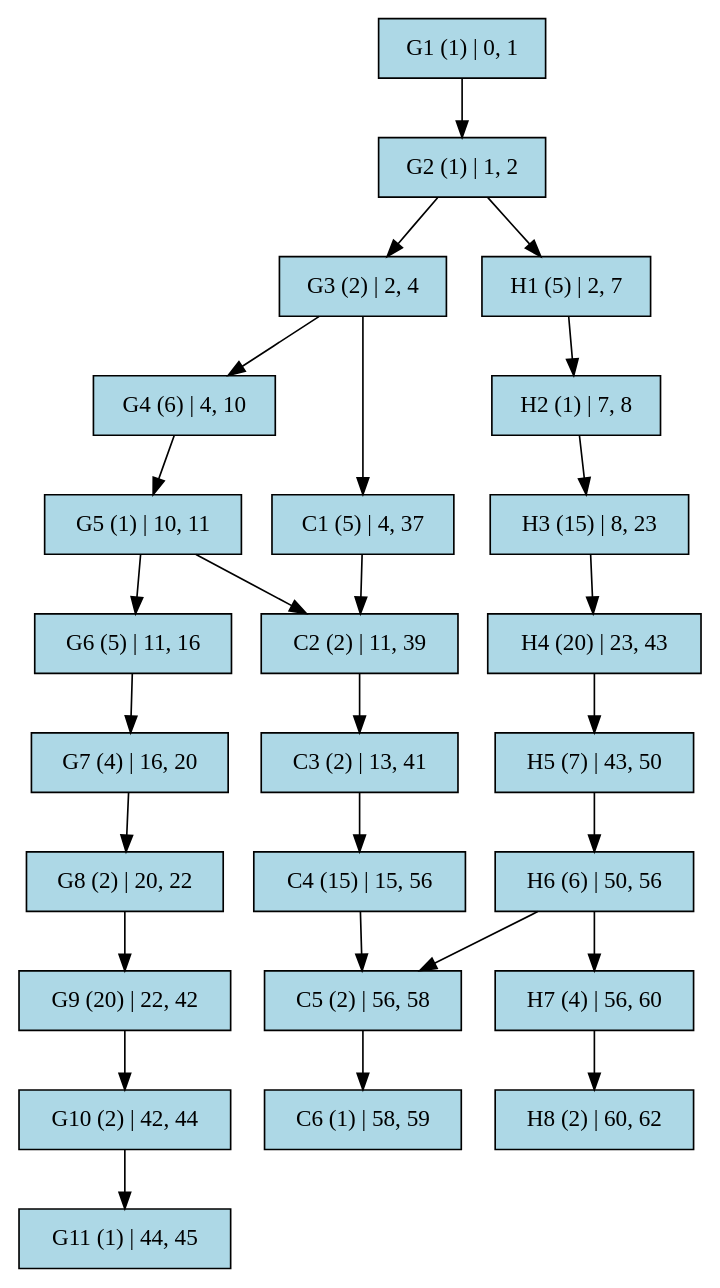
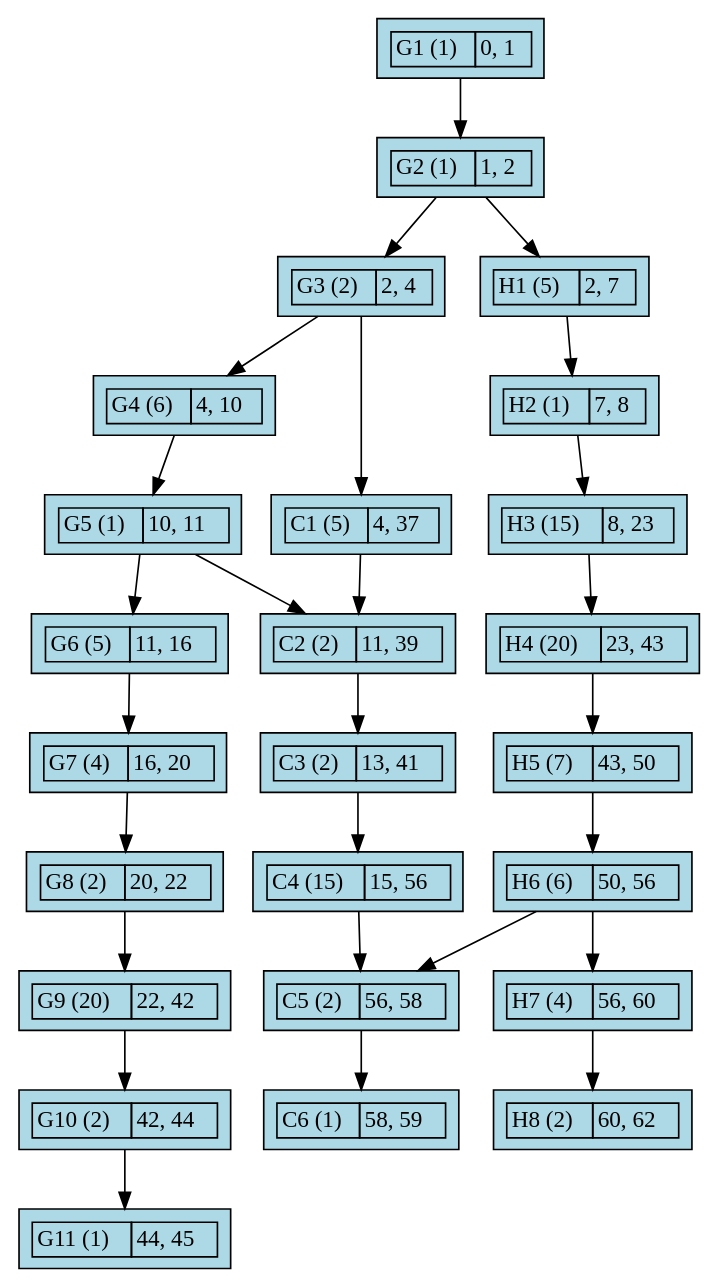
Before and after one commit to ahmedidrissi/pert-diagram: the diagram in output/tasks.dot, drawn with Graphviz. The commit also changed 2 other files, not shown here.

```diff
--- a/output/tasks.dot
+++ b/output/tasks.dot
@@ -1,53 +1,53 @@
 digraph G {
-  G1 [shape=rect, style=filled, fillcolor=lightblue, label="G1 (1) | 0, 1"];
-  G2 [shape=rect, style=filled, fillcolor=lightblue, label="G2 (1) | 1, 2"];
-  G3 [shape=rect, style=filled, fillcolor=lightblue, label="G3 (2) | 2, 4"];
-  G4 [shape=rect, style=filled, fillcolor=lightblue, label="G4 (6) | 4, 10"];
-  G5 [shape=rect, style=filled, fillcolor=lightblue, label="G5 (1) | 10, 11"];
-  G6 [shape=rect, style=filled, fillcolor=lightblue, label="G6 (5) | 11, 16"];
-  G7 [shape=rect, style=filled, fillcolor=lightblue, label="G7 (4) | 16, 20"];
-  G8 [shape=rect, style=filled, fillcolor=lightblue, label="G8 (2) | 20, 22"];
-  G9 [shape=rect, style=filled, fillcolor=lightblue, label="G9 (20) | 22, 42"];
-  G10 [shape=rect, style=filled, fillcolor=lightblue, label="G10 (2) | 42, 44"];
-  G11 [shape=rect, style=filled, fillcolor=lightblue, label="G11 (1) | 44, 45"];
-  H1 [shape=rect, style=filled, fillcolor=lightblue, label="H1 (5) | 2, 7"];
-  H2 [shape=rect, style=filled, fillcolor=lightblue, label="H2 (1) | 7, 8"];
-  H3 [shape=rect, style=filled, fillcolor=lightblue, label="H3 (15) | 8, 23"];
-  H4 [shape=rect, style=filled, fillcolor=lightblue, label="H4 (20) | 23, 43"];
-  H5 [shape=rect, style=filled, fillcolor=lightblue, label="H5 (7) | 43, 50"];
-  H6 [shape=rect, style=filled, fillcolor=lightblue, label="H6 (6) | 50, 56"];
-  H7 [shape=rect, style=filled, fillcolor=lightblue, label="H7 (4) | 56, 60"];
-  H8 [shape=rect, style=filled, fillcolor=lightblue, label="H8 (2) | 60, 62"];
-  C1 [shape=rect, style=filled, fillcolor=lightblue, label="C1 (5) | 4, 37"];
-  C2 [shape=rect, style=filled, fillcolor=lightblue, label="C2 (2) | 11, 39"];
-  C3 [shape=rect, style=filled, fillcolor=lightblue, label="C3 (2) | 13, 41"];
-  C4 [shape=rect, style=filled, fillcolor=lightblue, label="C4 (15) | 15, 56"];
-  C5 [shape=rect, style=filled, fillcolor=lightblue, label="C5 (2) | 56, 58"];
-  C6 [shape=rect, style=filled, fillcolor=lightblue, label="C6 (1) | 58, 59"];
+  G1 [shape=rect, style=filled, fillcolor=lightblue, label=<<table border="0" cellborder="1" cellspacing="0"><tr><td>G1 (1)</td><td>0, 1</td></tr></table>>];
+  G2 [shape=rect, style=filled, fillcolor=lightblue, label=<<table border="0" cellborder="1" cellspacing="0"><tr><td>G2 (1)</td><td>1, 2</td></tr></table>>];
+  G3 [shape=rect, style=filled, fillcolor=lightblue, label=<<table border="0" cellborder="1" cellspacing="0"><tr><td>G3 (2)</td><td>2, 4</td></tr></table>>];
+  G4 [shape=rect, style=filled, fillcolor=lightblue, label=<<table border="0" cellborder="1" cellspacing="0"><tr><td>G4 (6)</td><td>4, 10</td></tr></table>>];
+  G5 [shape=rect, style=filled, fillcolor=lightblue, label=<<table border="0" cellborder="1" cellspacing="0"><tr><td>G5 (1)</td><td>10, 11</td></tr></table>>];
+  G6 [shape=rect, style=filled, fillcolor=lightblue, label=<<table border="0" cellborder="1" cellspacing="0"><tr><td>G6 (5)</td><td>11, 16</td></tr></table>>];
+  G7 [shape=rect, style=filled, fillcolor=lightblue, label=<<table border="0" cellborder="1" cellspacing="0"><tr><td>G7 (4)</td><td>16, 20</td></tr></table>>];
+  G8 [shape=rect, style=filled, fillcolor=lightblue, label=<<table border="0" cellborder="1" cellspacing="0"><tr><td>G8 (2)</td><td>20, 22</td></tr></table>>];
+  G9 [shape=rect, style=filled, fillcolor=lightblue, label=<<table border="0" cellborder="1" cellspacing="0"><tr><td>G9 (20)</td><td>22, 42</td></tr></table>>];
+  G10 [shape=rect, style=filled, fillcolor=lightblue, label=<<table border="0" cellborder="1" cellspacing="0"><tr><td>G10 (2)</td><td>42, 44</td></tr></table>>];
+  G11 [shape=rect, style=filled, fillcolor=lightblue, label=<<table border="0" cellborder="1" cellspacing="0"><tr><td>G11 (1)</td><td>44, 45</td></tr></table>>];
+  H1 [shape=rect, style=filled, fillcolor=lightblue, label=<<table border="0" cellborder="1" cellspacing="0"><tr><td>H1 (5)</td><td>2, 7</td></tr></table>>];
+  H2 [shape=rect, style=filled, fillcolor=lightblue, label=<<table border="0" cellborder="1" cellspacing="0"><tr><td>H2 (1)</td><td>7, 8</td></tr></table>>];
+  H3 [shape=rect, style=filled, fillcolor=lightblue, label=<<table border="0" cellborder="1" cellspacing="0"><tr><td>H3 (15)</td><td>8, 23</td></tr></table>>];
+  H4 [shape=rect, style=filled, fillcolor=lightblue, label=<<table border="0" cellborder="1" cellspacing="0"><tr><td>H4 (20)</td><td>23, 43</td></tr></table>>];
+  H5 [shape=rect, style=filled, fillcolor=lightblue, label=<<table border="0" cellborder="1" cellspacing="0"><tr><td>H5 (7)</td><td>43, 50</td></tr></table>>];
+  H6 [shape=rect, style=filled, fillcolor=lightblue, label=<<table border="0" cellborder="1" cellspacing="0"><tr><td>H6 (6)</td><td>50, 56</td></tr></table>>];
+  H7 [shape=rect, style=filled, fillcolor=lightblue, label=<<table border="0" cellborder="1" cellspacing="0"><tr><td>H7 (4)</td><td>56, 60</td></tr></table>>];
+  H8 [shape=rect, style=filled, fillcolor=lightblue, label=<<table border="0" cellborder="1" cellspacing="0"><tr><td>H8 (2)</td><td>60, 62</td></tr></table>>];
+  C1 [shape=rect, style=filled, fillcolor=lightblue, label=<<table border="0" cellborder="1" cellspacing="0"><tr><td>C1 (5)</td><td>4, 37</td></tr></table>>];
+  C2 [shape=rect, style=filled, fillcolor=lightblue, label=<<table border="0" cellborder="1" cellspacing="0"><tr><td>C2 (2)</td><td>11, 39</td></tr></table>>];
+  C3 [shape=rect, style=filled, fillcolor=lightblue, label=<<table border="0" cellborder="1" cellspacing="0"><tr><td>C3 (2)</td><td>13, 41</td></tr></table>>];
+  C4 [shape=rect, style=filled, fillcolor=lightblue, label=<<table border="0" cellborder="1" cellspacing="0"><tr><td>C4 (15)</td><td>15, 56</td></tr></table>>];
+  C5 [shape=rect, style=filled, fillcolor=lightblue, label=<<table border="0" cellborder="1" cellspacing="0"><tr><td>C5 (2)</td><td>56, 58</td></tr></table>>];
+  C6 [shape=rect, style=filled, fillcolor=lightblue, label=<<table border="0" cellborder="1" cellspacing="0"><tr><td>C6 (1)</td><td>58, 59</td></tr></table>>];
   G1 -> G2;
   G2 -> G3;
   G2 -> H1;
   G3 -> G4;
   G3 -> C1;
   G4 -> G5;
   G5 -> G6;
   G5 -> C2;
   G6 -> G7;
   G7 -> G8;
   G8 -> G9;
   G9 -> G10;
   G10 -> G11;
   H1 -> H2;
   H2 -> H3;
   H3 -> H4;
   H4 -> H5;
   H5 -> H6;
   H6 -> H7;
   H6 -> C5;
   H7 -> H8;
   C1 -> C2;
   C2 -> C3;
   C3 -> C4;
   C4 -> C5;
   C5 -> C6;
 }
```
